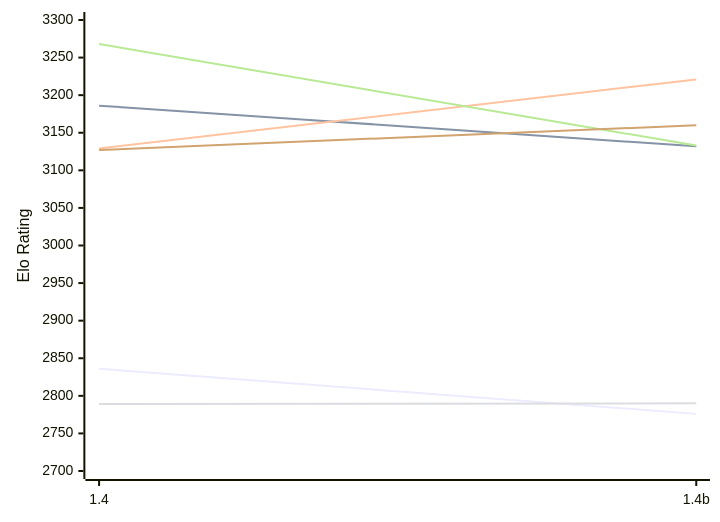
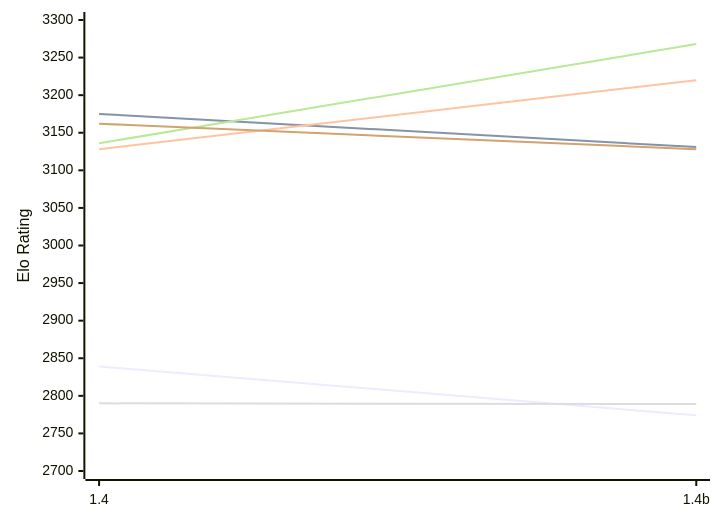
Before and after one commit to computer-chess-index/cci: the first of 2 diagrams in engines/Chessnix.md, drawn with Mermaid. The commit also changed other lines of this file, not shown here.

Commit message:
Update CCI Ratings (ELO VLTC) - 2026-11-28

````diff
--- a/engines/Chessnix.md
+++ b/engines/Chessnix.md
@@ -52,12 +52,12 @@
 ```mermaid
 %%{init: {"theme":"base","themeVariables":{"seriesColors:['#a3a3a3','#222221','#faa371']}}}%%
 xychart-beta
   x-axis ["1.4", "1.4b"]
   y-axis "Elo Rating" 2700 --> 3300
-  line "E1: STC (8.0+0.08s)" [2836, 2776]
-  line "E1: LTC (60.0+0.60s)" [3186, 3132]
-  line "E1: VLTC (2m24s+1.12s)" [3129, 3221]
-  line "P1: STC (8.0+0.08s)" [2789, 2790]
-  line "P1: LTC (60.0+0.60s)" [3268, 3133]
-  line "P1: VLTC (2m24s+1.12s)" [3127, 3160]
+  line "E1: STC (8.0+0.08s)" [2839, 2774]
+  line "E1: LTC (60.0+0.60s)" [3175, 3131]
+  line "E1: VLTC (2m24s+1.12s)" [3128, 3220]
+  line "P1: STC (8.0+0.08s)" [2790, 2789]
+  line "P1: LTC (60.0+0.60s)" [3136, 3268]
+  line "P1: VLTC (2m24s+1.12s)" [3162, 3128]
 ```
````
